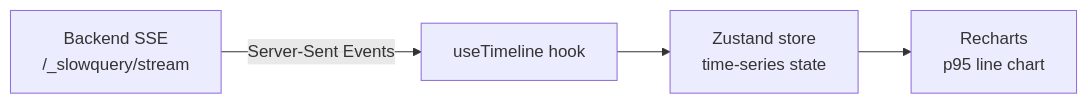
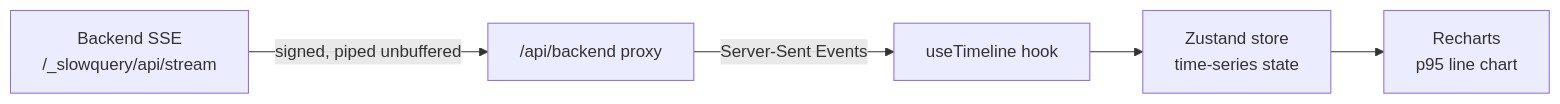
The third of 3 diagrams in README.md (Abdul-Muizz1310/slowquery-dashboard-frontend), drawn with Mermaid before and after one commit. The commit also changed other lines of this file and 36 other files, not shown here.

````diff
--- a/README.md
+++ b/README.md
@@ -93,6 +94,7 @@
 ```mermaid
 flowchart LR
-    Backend[Backend SSE<br/>/_slowquery/stream] -->|Server-Sent Events| Hook[useTimeline hook]
+    Backend[Backend SSE<br/>/_slowquery/api/stream] -->|signed, piped unbuffered| Proxy["/api/backend proxy"]
+    Proxy -->|Server-Sent Events| Hook[useTimeline hook]
     Hook --> Store[Zustand store<br/>time-series state]
     Store --> Recharts[Recharts<br/>p95 line chart]
 ```
````
